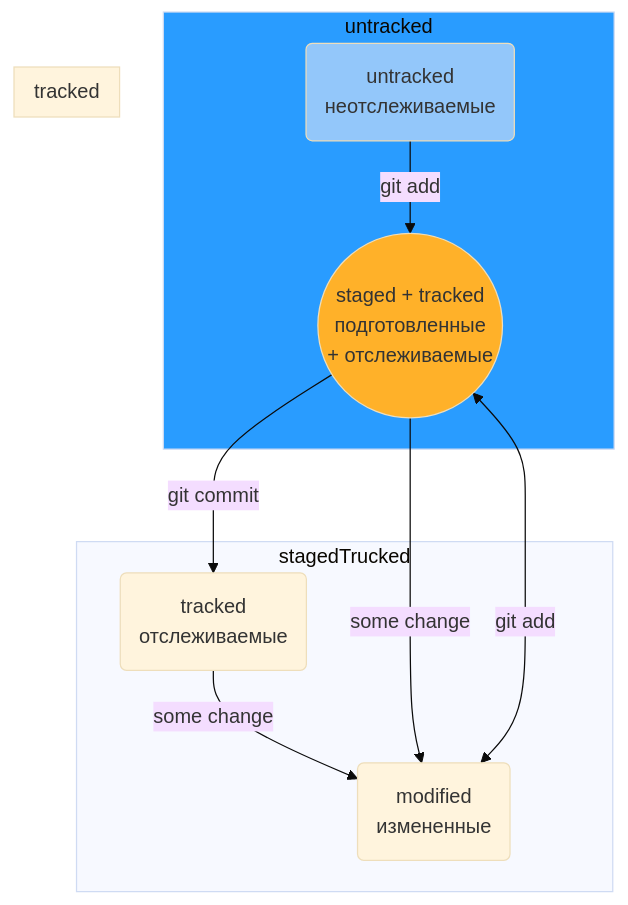
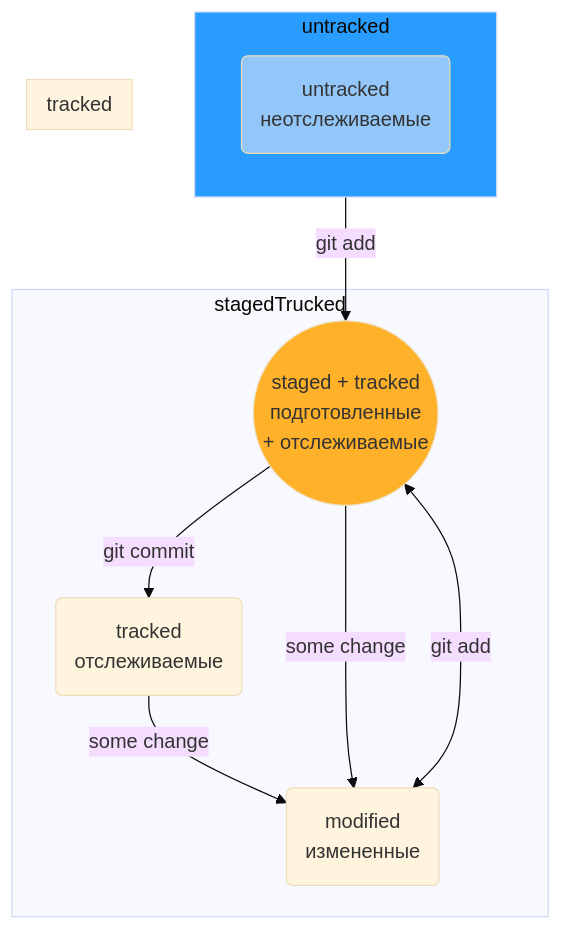
Before and after one commit to AleksandrVakarin/GitInstructionMermaid: the diagram in README.md, drawn with Mermaid (base theme).

````diff
--- a/README.md
+++ b/README.md
@@ -93,26 +93,28 @@
 ```mermaid
 flowchart TD;
 	
 	stgd((staged + tracked<br>подготовленные<br> + отслеживаемые))
 	mdf(modified<br>измененные)
 	untr(untracked<br>неотслеживаемые)
 	trcd(tracked<br>отслеживаемые)
 
 	subgraph untracked
-		untr-- git add -->stgd
+		untr
 	end
+	
+	untracked-- git add -->stgd
 
 	subgraph stagedTrucked
 		stgd -- git commit -->trcd
 		trcd-- some change -->mdf
 		mdf<-- git add --> stgd
 	end
 
 	subgraph tracked 
 		stgd-- some change -->mdf
 	end
 
 	style stgd fill: #FFB129
 	style untr fill: #93C7FA
 	style untracked fill: #299CFF
 ```
````
